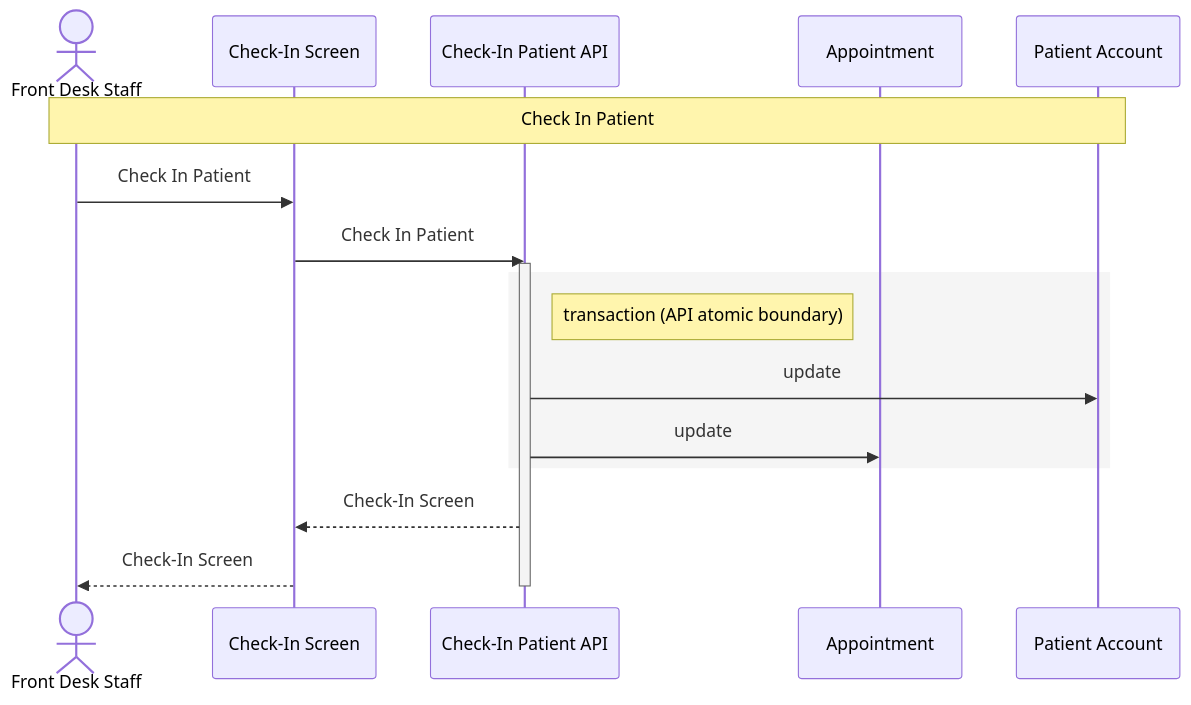
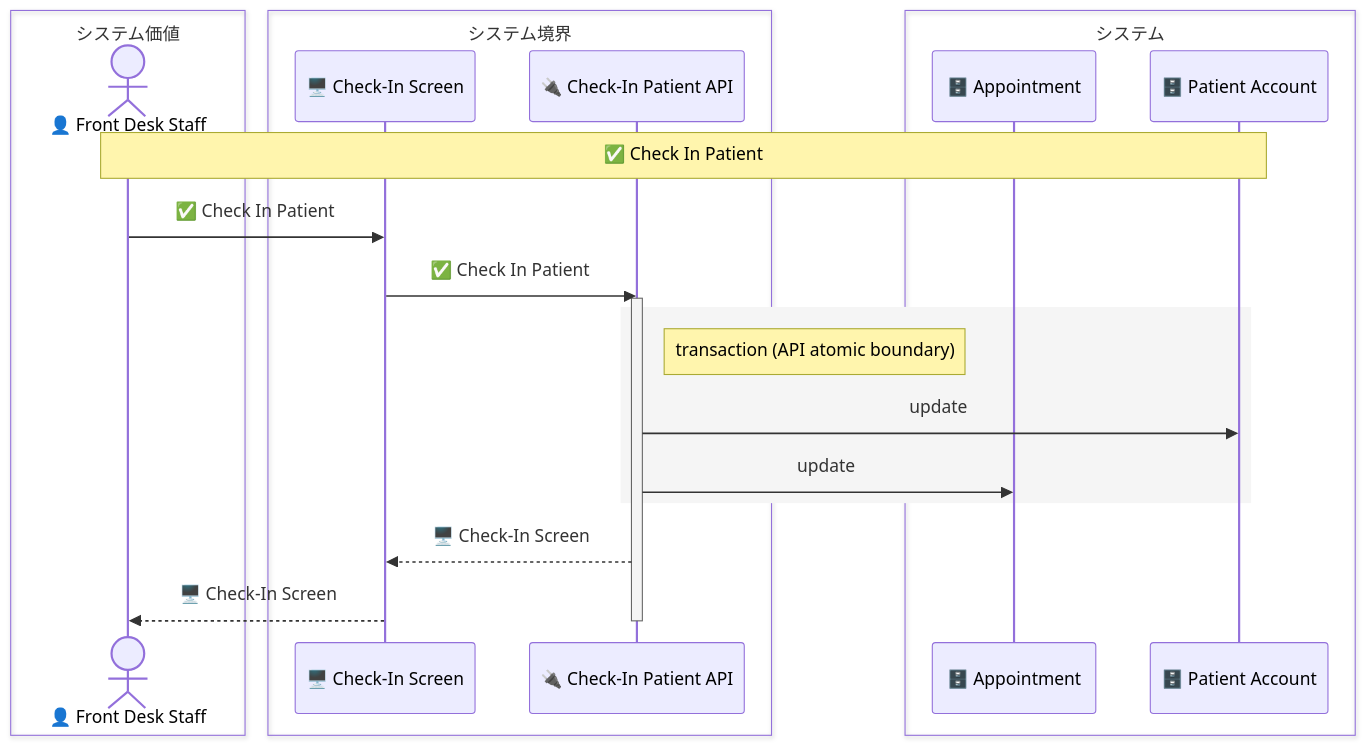
One commit to manji-0/rdra-ish-dsl changed the diagram in samples/clinic-ops/out/uc/sequence_check_in_patient.mmd. Above: the diagram before and after it, drawn with Mermaid. The commit also changed 114 other files, not shown here.

Commit message:
feat: update rdra diagram layering

```diff
--- a/samples/clinic-ops/out/uc/sequence_check_in_patient.mmd
+++ b/samples/clinic-ops/out/uc/sequence_check_in_patient.mmd
@@ -1,19 +1,25 @@
 sequenceDiagram
-  actor FrontDesk as Front Desk Staff
-  participant CheckInScreen as Check-In Screen
-  participant CheckInPatientApi as Check-In Patient API
-  participant Appointment as Appointment
-  participant PatientAccount as Patient Account
+  box システム価値
+    actor FrontDesk as 👤 Front Desk Staff
+  end
+  box システム境界
+    participant CheckInScreen as 🖥️ Check-In Screen
+    participant CheckInPatientApi as 🔌 Check-In Patient API
+  end
+  box システム
+    participant Appointment as 🗄️ Appointment
+    participant PatientAccount as 🗄️ Patient Account
+  end
 
-  Note over FrontDesk,PatientAccount: Check In Patient
-  FrontDesk->>CheckInScreen: Check In Patient
-  CheckInScreen->>CheckInPatientApi: Check In Patient
+  Note over FrontDesk,PatientAccount: ✅ Check In Patient
+  FrontDesk->>CheckInScreen: ✅ Check In Patient
+  CheckInScreen->>CheckInPatientApi: ✅ Check In Patient
   activate CheckInPatientApi
   rect rgb(245,245,245)
     Note right of CheckInPatientApi: transaction (API atomic boundary)
     CheckInPatientApi->>PatientAccount: update
     CheckInPatientApi->>Appointment: update
   end
-  CheckInPatientApi-->>CheckInScreen: Check-In Screen
-  CheckInScreen-->>FrontDesk: Check-In Screen
+  CheckInPatientApi-->>CheckInScreen: 🖥️ Check-In Screen
+  CheckInScreen-->>FrontDesk: 🖥️ Check-In Screen
   deactivate CheckInPatientApi
```
